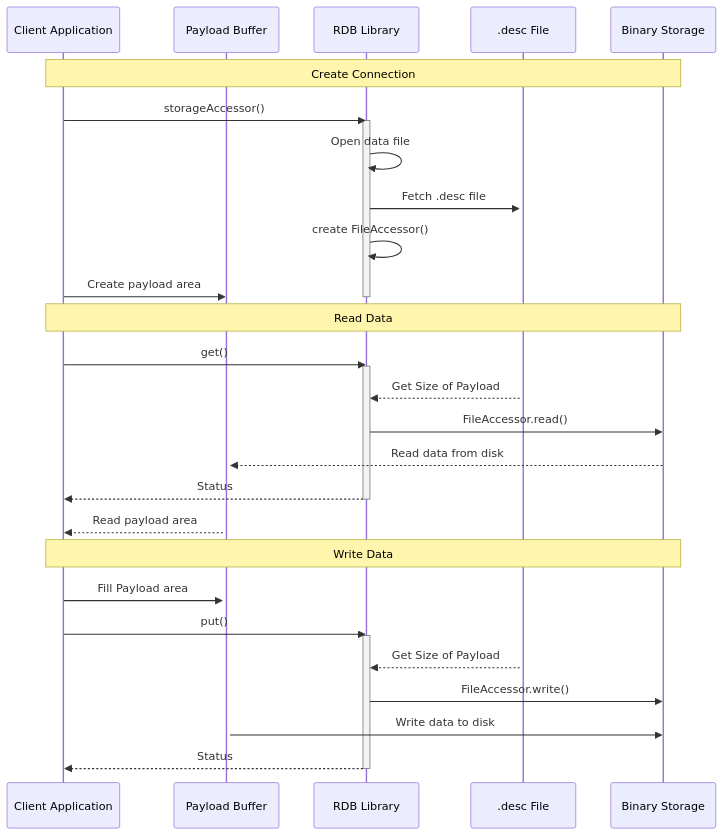
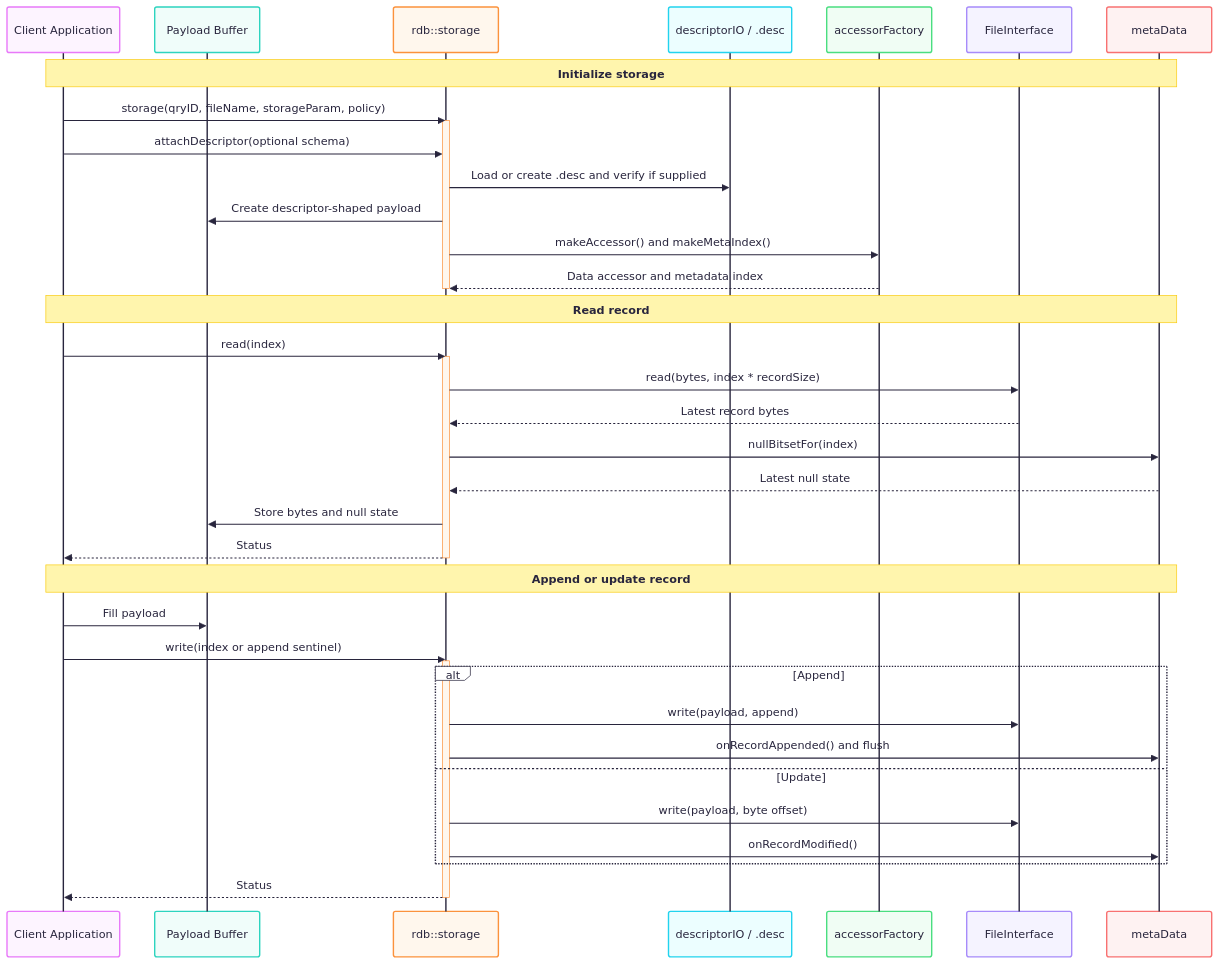
One commit to michalwidera/retractordb changed the sixth of 7 diagrams in src/rdb/README.md. Above: the diagram before and after it, drawn with Mermaid. The commit also changed other lines of this file, not shown here.

````diff
--- a/src/rdb/README.md
+++ b/src/rdb/README.md
@@ -696,39 +725,46 @@
 ```mermaid
+%%{init: {'theme': 'redux-color', "flowchart" : { "curve" : "basis" } } }%%
 sequenceDiagram
     participant Client as Client Application
     participant Payload as Payload Buffer
-    participant Rdb as RDB Library
-    participant Description as .desc File
-    participant Storage as Binary Storage
+    participant Rdb as rdb::storage
+    participant Description as descriptorIO / .desc
+    participant Factory as accessorFactory
+    participant Data as FileInterface
+    participant Meta as metaData
     
-    Note over Client,Storage: Create Connection
-    Client->>Rdb: storageAccessor()
+    Note over Client,Meta: Initialize storage
+    Client->>Rdb: storage(qryID, fileName, storageParam, policy)
     activate Rdb
-    Rdb->>Rdb: Open data file
-    activate Description
-    Rdb->>Description: Fetch .desc file
-    Rdb->>Rdb: create FileAccessor()
-    Client->>Payload: Create payload area
-    activate Payload
+    Client->>Rdb: attachDescriptor(optional schema)
+    Rdb->>Description: Load or create .desc and verify if supplied
+    Rdb->>Payload: Create descriptor-shaped payload
+    Rdb->>Factory: makeAccessor() and makeMetaIndex()
+    Factory-->>Rdb: Data accessor and metadata index
     deactivate Rdb
     
-    Note over Client,Storage: Read Data
-    Client->>Rdb: get()
+    Note over Client,Meta: Read record
+    Client->>Rdb: read(index)
     activate Rdb
-    Description-->>Rdb: Get Size of Payload
-    Rdb->>Storage: FileAccessor.read()
-    Storage-->>Payload: Read data from disk
+    Rdb->>Data: read(bytes, index * recordSize)
+    Data-->>Rdb: Latest record bytes
+    Rdb->>Meta: nullBitsetFor(index)
+    Meta-->>Rdb: Latest null state
+    Rdb->>Payload: Store bytes and null state
     Rdb-->>Client: Status
     deactivate Rdb
-    Payload-->>Client: Read payload area
     
-    Note over Client,Storage: Write Data
-    Client->>Payload: Fill Payload area
-    Client->>Rdb: put()
+    Note over Client,Meta: Append or update record
+    Client->>Payload: Fill payload
+    Client->>Rdb: write(index or append sentinel)
     activate Rdb
-    Description-->>Rdb: Get Size of Payload
-    Rdb->>Storage: FileAccessor.write()
-    Payload->>Storage: Write data to disk
+    alt Append
+        Rdb->>Data: write(payload, append)
+        Rdb->>Meta: onRecordAppended() and flush
+    else Update
+        Rdb->>Data: write(payload, byte offset)
+        Rdb->>Meta: onRecordModified()
+    end
     Rdb-->>Client: Status
     deactivate Rdb
 ```
````
